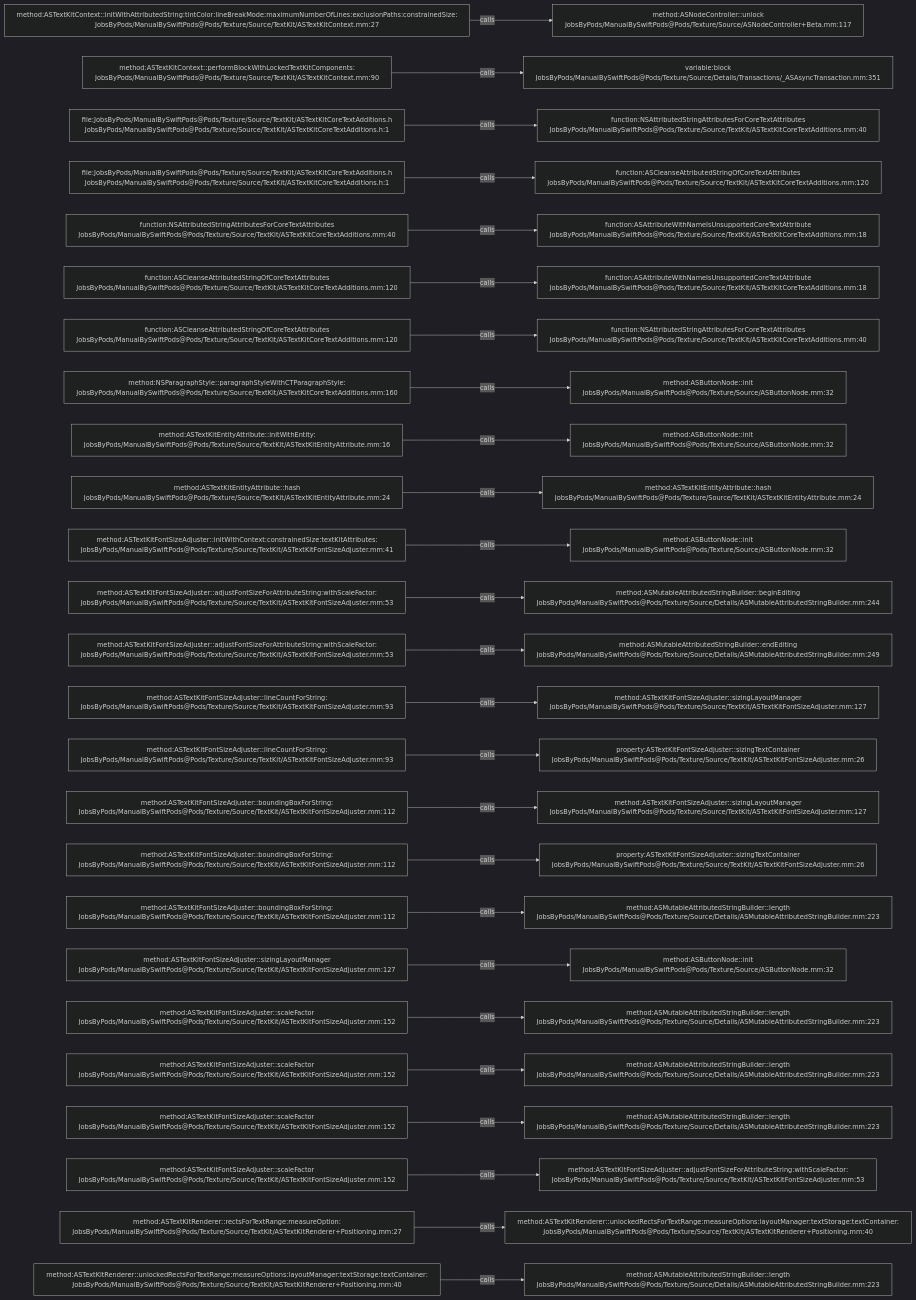
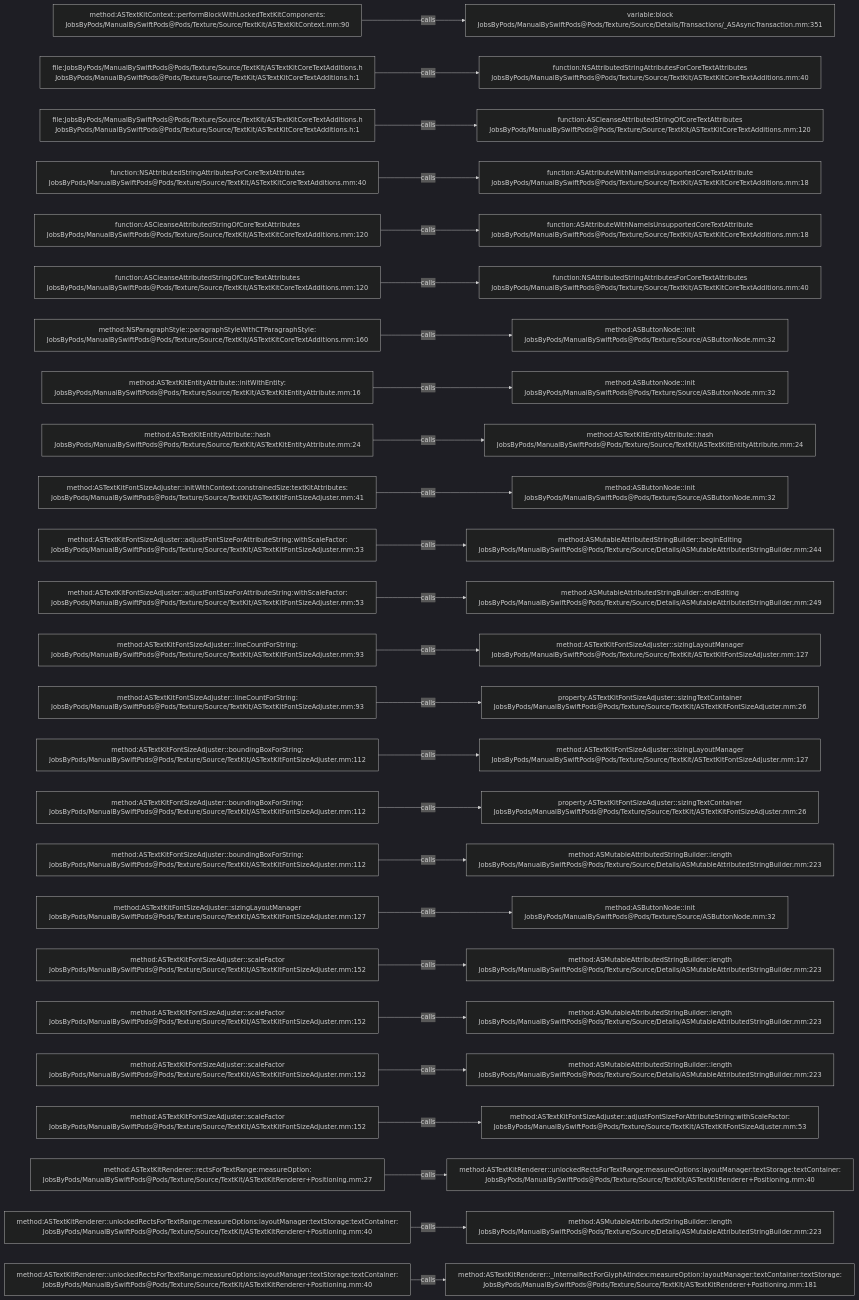
The diagram in .codegraph/codegraph.md/graphs/calls-148.md (JobsKits/JobsSwiftBaseConfigDemo), drawn with Mermaid (dark theme) before and after one commit. The commit also changed 747 other files, not shown here.

````diff
--- a/.codegraph/codegraph.md/graphs/calls-148.md
+++ b/.codegraph/codegraph.md/graphs/calls-148.md
@@ -13,78 +13,78 @@
 ```mermaid
 flowchart LR
-  S1["method:ASTextKitContext::initWithAttributedString:tintColor:lineBreakMode:maximumNumberOfLines:exclusionPaths:constrainedSize:<br/>JobsByPods/ManualBySwiftPods@Pods/Texture/Source/TextKit/ASTextKitContext.mm:27"]
-  T1["method:ASNodeController::unlock<br/>JobsByPods/ManualBySwiftPods@Pods/Texture/Source/ASNodeController+Beta.mm:117"]
+  S1["method:ASTextKitContext::performBlockWithLockedTextKitComponents:<br/>JobsByPods/ManualBySwiftPods@Pods/Texture/Source/TextKit/ASTextKitContext.mm:90"]
+  T1["variable:block<br/>JobsByPods/ManualBySwiftPods@Pods/Texture/Source/Details/Transactions/_ASAsyncTransaction.mm:351"]
   S1 -->|calls| T1
-  S2["method:ASTextKitContext::performBlockWithLockedTextKitComponents:<br/>JobsByPods/ManualBySwiftPods@Pods/Texture/Source/TextKit/ASTextKitContext.mm:90"]
-  T2["variable:block<br/>JobsByPods/ManualBySwiftPods@Pods/Texture/Source/Details/Transactions/_ASAsyncTransaction.mm:351"]
+  S2["file:JobsByPods/ManualBySwiftPods@Pods/Texture/Source/TextKit/ASTextKitCoreTextAdditions.h<br/>JobsByPods/ManualBySwiftPods@Pods/Texture/Source/TextKit/ASTextKitCoreTextAdditions.h:1"]
+  T2["function:NSAttributedStringAttributesForCoreTextAttributes<br/>JobsByPods/ManualBySwiftPods@Pods/Texture/Source/TextKit/ASTextKitCoreTextAdditions.mm:40"]
   S2 -->|calls| T2
   S3["file:JobsByPods/ManualBySwiftPods@Pods/Texture/Source/TextKit/ASTextKitCoreTextAdditions.h<br/>JobsByPods/ManualBySwiftPods@Pods/Texture/Source/TextKit/ASTextKitCoreTextAdditions.h:1"]
-  T3["function:NSAttributedStringAttributesForCoreTextAttributes<br/>JobsByPods/ManualBySwiftPods@Pods/Texture/Source/TextKit/ASTextKitCoreTextAdditions.mm:40"]
+  T3["function:ASCleanseAttributedStringOfCoreTextAttributes<br/>JobsByPods/ManualBySwiftPods@Pods/Texture/Source/TextKit/ASTextKitCoreTextAdditions.mm:120"]
   S3 -->|calls| T3
-  S4["file:JobsByPods/ManualBySwiftPods@Pods/Texture/Source/TextKit/ASTextKitCoreTextAdditions.h<br/>JobsByPods/ManualBySwiftPods@Pods/Texture/Source/TextKit/ASTextKitCoreTextAdditions.h:1"]
-  T4["function:ASCleanseAttributedStringOfCoreTextAttributes<br/>JobsByPods/ManualBySwiftPods@Pods/Texture/Source/TextKit/ASTextKitCoreTextAdditions.mm:120"]
+  S4["function:NSAttributedStringAttributesForCoreTextAttributes<br/>JobsByPods/ManualBySwiftPods@Pods/Texture/Source/TextKit/ASTextKitCoreTextAdditions.mm:40"]
+  T4["function:ASAttributeWithNameIsUnsupportedCoreTextAttribute<br/>JobsByPods/ManualBySwiftPods@Pods/Texture/Source/TextKit/ASTextKitCoreTextAdditions.mm:18"]
   S4 -->|calls| T4
-  S5["function:NSAttributedStringAttributesForCoreTextAttributes<br/>JobsByPods/ManualBySwiftPods@Pods/Texture/Source/TextKit/ASTextKitCoreTextAdditions.mm:40"]
+  S5["function:ASCleanseAttributedStringOfCoreTextAttributes<br/>JobsByPods/ManualBySwiftPods@Pods/Texture/Source/TextKit/ASTextKitCoreTextAdditions.mm:120"]
   T5["function:ASAttributeWithNameIsUnsupportedCoreTextAttribute<br/>JobsByPods/ManualBySwiftPods@Pods/Texture/Source/TextKit/ASTextKitCoreTextAdditions.mm:18"]
   S5 -->|calls| T5
   S6["function:ASCleanseAttributedStringOfCoreTextAttributes<br/>JobsByPods/ManualBySwiftPods@Pods/Texture/Source/TextKit/ASTextKitCoreTextAdditions.mm:120"]
-  T6["function:ASAttributeWithNameIsUnsupportedCoreTextAttribute<br/>JobsByPods/ManualBySwiftPods@Pods/Texture/Source/TextKit/ASTextKitCoreTextAdditions.mm:18"]
+  T6["function:NSAttributedStringAttributesForCoreTextAttributes<br/>JobsByPods/ManualBySwiftPods@Pods/Texture/Source/TextKit/ASTextKitCoreTextAdditions.mm:40"]
   S6 -->|calls| T6
-  S7["function:ASCleanseAttributedStringOfCoreTextAttributes<br/>JobsByPods/ManualBySwiftPods@Pods/Texture/Source/TextKit/ASTextKitCoreTextAdditions.mm:120"]
-  T7["function:NSAttributedStringAttributesForCoreTextAttributes<br/>JobsByPods/ManualBySwiftPods@Pods/Texture/Source/TextKit/ASTextKitCoreTextAdditions.mm:40"]
+  S7["method:NSParagraphStyle::paragraphStyleWithCTParagraphStyle:<br/>JobsByPods/ManualBySwiftPods@Pods/Texture/Source/TextKit/ASTextKitCoreTextAdditions.mm:160"]
+  T7["method:ASButtonNode::init<br/>JobsByPods/ManualBySwiftPods@Pods/Texture/Source/ASButtonNode.mm:32"]
   S7 -->|calls| T7
-  S8["method:NSParagraphStyle::paragraphStyleWithCTParagraphStyle:<br/>JobsByPods/ManualBySwiftPods@Pods/Texture/Source/TextKit/ASTextKitCoreTextAdditions.mm:160"]
+  S8["method:ASTextKitEntityAttribute::initWithEntity:<br/>JobsByPods/ManualBySwiftPods@Pods/Texture/Source/TextKit/ASTextKitEntityAttribute.mm:16"]
   T8["method:ASButtonNode::init<br/>JobsByPods/ManualBySwiftPods@Pods/Texture/Source/ASButtonNode.mm:32"]
   S8 -->|calls| T8
-  S9["method:ASTextKitEntityAttribute::initWithEntity:<br/>JobsByPods/ManualBySwiftPods@Pods/Texture/Source/TextKit/ASTextKitEntityAttribute.mm:16"]
-  T9["method:ASButtonNode::init<br/>JobsByPods/ManualBySwiftPods@Pods/Texture/Source/ASButtonNode.mm:32"]
+  S9["method:ASTextKitEntityAttribute::hash<br/>JobsByPods/ManualBySwiftPods@Pods/Texture/Source/TextKit/ASTextKitEntityAttribute.mm:24"]
+  T9["method:ASTextKitEntityAttribute::hash<br/>JobsByPods/ManualBySwiftPods@Pods/Texture/Source/TextKit/ASTextKitEntityAttribute.mm:24"]
   S9 -->|calls| T9
-  S10["method:ASTextKitEntityAttribute::hash<br/>JobsByPods/ManualBySwiftPods@Pods/Texture/Source/TextKit/ASTextKitEntityAttribute.mm:24"]
-  T10["method:ASTextKitEntityAttribute::hash<br/>JobsByPods/ManualBySwiftPods@Pods/Texture/Source/TextKit/ASTextKitEntityAttribute.mm:24"]
+  S10["method:ASTextKitFontSizeAdjuster::initWithContext:constrainedSize:textKitAttributes:<br/>JobsByPods/ManualBySwiftPods@Pods/Texture/Source/TextKit/ASTextKitFontSizeAdjuster.mm:41"]
+  T10["method:ASButtonNode::init<br/>JobsByPods/ManualBySwiftPods@Pods/Texture/Source/ASButtonNode.mm:32"]
   S10 -->|calls| T10
-  S11["method:ASTextKitFontSizeAdjuster::initWithContext:constrainedSize:textKitAttributes:<br/>JobsByPods/ManualBySwiftPods@Pods/Texture/Source/TextKit/ASTextKitFontSizeAdjuster.mm:41"]
-  T11["method:ASButtonNode::init<br/>JobsByPods/ManualBySwiftPods@Pods/Texture/Source/ASButtonNode.mm:32"]
+  S11["method:ASTextKitFontSizeAdjuster::adjustFontSizeForAttributeString:withScaleFactor:<br/>JobsByPods/ManualBySwiftPods@Pods/Texture/Source/TextKit/ASTextKitFontSizeAdjuster.mm:53"]
+  T11["method:ASMutableAttributedStringBuilder::beginEditing<br/>JobsByPods/ManualBySwiftPods@Pods/Texture/Source/Details/ASMutableAttributedStringBuilder.mm:244"]
   S11 -->|calls| T11
   S12["method:ASTextKitFontSizeAdjuster::adjustFontSizeForAttributeString:withScaleFactor:<br/>JobsByPods/ManualBySwiftPods@Pods/Texture/Source/TextKit/ASTextKitFontSizeAdjuster.mm:53"]
-  T12["method:ASMutableAttributedStringBuilder::beginEditing<br/>JobsByPods/ManualBySwiftPods@Pods/Texture/Source/Details/ASMutableAttributedStringBuilder.mm:244"]
+  T12["method:ASMutableAttributedStringBuilder::endEditing<br/>JobsByPods/ManualBySwiftPods@Pods/Texture/Source/Details/ASMutableAttributedStringBuilder.mm:249"]
   S12 -->|calls| T12
-  S13["method:ASTextKitFontSizeAdjuster::adjustFontSizeForAttributeString:withScaleFactor:<br/>JobsByPods/ManualBySwiftPods@Pods/Texture/Source/TextKit/ASTextKitFontSizeAdjuster.mm:53"]
-  T13["method:ASMutableAttributedStringBuilder::endEditing<br/>JobsByPods/ManualBySwiftPods@Pods/Texture/Source/Details/ASMutableAttributedStringBuilder.mm:249"]
+  S13["method:ASTextKitFontSizeAdjuster::lineCountForString:<br/>JobsByPods/ManualBySwiftPods@Pods/Texture/Source/TextKit/ASTextKitFontSizeAdjuster.mm:93"]
+  T13["method:ASTextKitFontSizeAdjuster::sizingLayoutManager<br/>JobsByPods/ManualBySwiftPods@Pods/Texture/Source/TextKit/ASTextKitFontSizeAdjuster.mm:127"]
   S13 -->|calls| T13
   S14["method:ASTextKitFontSizeAdjuster::lineCountForString:<br/>JobsByPods/ManualBySwiftPods@Pods/Texture/Source/TextKit/ASTextKitFontSizeAdjuster.mm:93"]
-  T14["method:ASTextKitFontSizeAdjuster::sizingLayoutManager<br/>JobsByPods/ManualBySwiftPods@Pods/Texture/Source/TextKit/ASTextKitFontSizeAdjuster.mm:127"]
+  T14["property:ASTextKitFontSizeAdjuster::sizingTextContainer<br/>JobsByPods/ManualBySwiftPods@Pods/Texture/Source/TextKit/ASTextKitFontSizeAdjuster.mm:26"]
   S14 -->|calls| T14
-  S15["method:ASTextKitFontSizeAdjuster::lineCountForString:<br/>JobsByPods/ManualBySwiftPods@Pods/Texture/Source/TextKit/ASTextKitFontSizeAdjuster.mm:93"]
-  T15["property:ASTextKitFontSizeAdjuster::sizingTextContainer<br/>JobsByPods/ManualBySwiftPods@Pods/Texture/Source/TextKit/ASTextKitFontSizeAdjuster.mm:26"]
+  S15["method:ASTextKitFontSizeAdjuster::boundingBoxForString:<br/>JobsByPods/ManualBySwiftPods@Pods/Texture/Source/TextKit/ASTextKitFontSizeAdjuster.mm:112"]
+  T15["method:ASTextKitFontSizeAdjuster::sizingLayoutManager<br/>JobsByPods/ManualBySwiftPods@Pods/Texture/Source/TextKit/ASTextKitFontSizeAdjuster.mm:127"]
   S15 -->|calls| T15
   S16["method:ASTextKitFontSizeAdjuster::boundingBoxForString:<br/>JobsByPods/ManualBySwiftPods@Pods/Texture/Source/TextKit/ASTextKitFontSizeAdjuster.mm:112"]
-  T16["method:ASTextKitFontSizeAdjuster::sizingLayoutManager<br/>JobsByPods/ManualBySwiftPods@Pods/Texture/Source/TextKit/ASTextKitFontSizeAdjuster.mm:127"]
+  T16["property:ASTextKitFontSizeAdjuster::sizingTextContainer<br/>JobsByPods/ManualBySwiftPods@Pods/Texture/Source/TextKit/ASTextKitFontSizeAdjuster.mm:26"]
   S16 -->|calls| T16
   S17["method:ASTextKitFontSizeAdjuster::boundingBoxForString:<br/>JobsByPods/ManualBySwiftPods@Pods/Texture/Source/TextKit/ASTextKitFontSizeAdjuster.mm:112"]
-  T17["property:ASTextKitFontSizeAdjuster::sizingTextContainer<br/>JobsByPods/ManualBySwiftPods@Pods/Texture/Source/TextKit/ASTextKitFontSizeAdjuster.mm:26"]
+  T17["method:ASMutableAttributedStringBuilder::length<br/>JobsByPods/ManualBySwiftPods@Pods/Texture/Source/Details/ASMutableAttributedStringBuilder.mm:223"]
   S17 -->|calls| T17
-  S18["method:ASTextKitFontSizeAdjuster::boundingBoxForString:<br/>JobsByPods/ManualBySwiftPods@Pods/Texture/Source/TextKit/ASTextKitFontSizeAdjuster.mm:112"]
-  T18["method:ASMutableAttributedStringBuilder::length<br/>JobsByPods/ManualBySwiftPods@Pods/Texture/Source/Details/ASMutableAttributedStringBuilder.mm:223"]
+  S18["method:ASTextKitFontSizeAdjuster::sizingLayoutManager<br/>JobsByPods/ManualBySwiftPods@Pods/Texture/Source/TextKit/ASTextKitFontSizeAdjuster.mm:127"]
+  T18["method:ASButtonNode::init<br/>JobsByPods/ManualBySwiftPods@Pods/Texture/Source/ASButtonNode.mm:32"]
   S18 -->|calls| T18
-  S19["method:ASTextKitFontSizeAdjuster::sizingLayoutManager<br/>JobsByPods/ManualBySwiftPods@Pods/Texture/Source/TextKit/ASTextKitFontSizeAdjuster.mm:127"]
-  T19["method:ASButtonNode::init<br/>JobsByPods/ManualBySwiftPods@Pods/Texture/Source/ASButtonNode.mm:32"]
+  S19["method:ASTextKitFontSizeAdjuster::scaleFactor<br/>JobsByPods/ManualBySwiftPods@Pods/Texture/Source/TextKit/ASTextKitFontSizeAdjuster.mm:152"]
+  T19["method:ASMutableAttributedStringBuilder::length<br/>JobsByPods/ManualBySwiftPods@Pods/Texture/Source/Details/ASMutableAttributedStringBuilder.mm:223"]
   S19 -->|calls| T19
   S20["method:ASTextKitFontSizeAdjuster::scaleFactor<br/>JobsByPods/ManualBySwiftPods@Pods/Texture/Source/TextKit/ASTextKitFontSizeAdjuster.mm:152"]
   T20["method:ASMutableAttributedStringBuilder::length<br/>JobsByPods/ManualBySwiftPods@Pods/Texture/Source/Details/ASMutableAttributedStringBuilder.mm:223"]
   S20 -->|calls| T20
   S21["method:ASTextKitFontSizeAdjuster::scaleFactor<br/>JobsByPods/ManualBySwiftPods@Pods/Texture/Source/TextKit/ASTextKitFontSizeAdjuster.mm:152"]
   T21["method:ASMutableAttributedStringBuilder::length<br/>JobsByPods/ManualBySwiftPods@Pods/Texture/Source/Details/ASMutableAttributedStringBuilder.mm:223"]
   S21 -->|calls| T21
   S22["method:ASTextKitFontSizeAdjuster::scaleFactor<br/>JobsByPods/ManualBySwiftPods@Pods/Texture/Source/TextKit/ASTextKitFontSizeAdjuster.mm:152"]
-  T22["method:ASMutableAttributedStringBuilder::length<br/>JobsByPods/ManualBySwiftPods@Pods/Texture/Source/Details/ASMutableAttributedStringBuilder.mm:223"]
+  T22["method:ASTextKitFontSizeAdjuster::adjustFontSizeForAttributeString:withScaleFactor:<br/>JobsByPods/ManualBySwiftPods@Pods/Texture/Source/TextKit/ASTextKitFontSizeAdjuster.mm:53"]
   S22 -->|calls| T22
-  S23["method:ASTextKitFontSizeAdjuster::scaleFactor<br/>JobsByPods/ManualBySwiftPods@Pods/Texture/Source/TextKit/ASTextKitFontSizeAdjuster.mm:152"]
-  T23["method:ASTextKitFontSizeAdjuster::adjustFontSizeForAttributeString:withScaleFactor:<br/>JobsByPods/ManualBySwiftPods@Pods/Texture/Source/TextKit/ASTextKitFontSizeAdjuster.mm:53"]
+  S23["method:ASTextKitRenderer::rectsForTextRange:measureOption:<br/>JobsByPods/ManualBySwiftPods@Pods/Texture/Source/TextKit/ASTextKitRenderer+Positioning.mm:27"]
+  T23["method:ASTextKitRenderer::unlockedRectsForTextRange:measureOptions:layoutManager:textStorage:textContainer:<br/>JobsByPods/ManualBySwiftPods@Pods/Texture/Source/TextKit/ASTextKitRenderer+Positioning.mm:40"]
   S23 -->|calls| T23
-  S24["method:ASTextKitRenderer::rectsForTextRange:measureOption:<br/>JobsByPods/ManualBySwiftPods@Pods/Texture/Source/TextKit/ASTextKitRenderer+Positioning.mm:27"]
-  T24["method:ASTextKitRenderer::unlockedRectsForTextRange:measureOptions:layoutManager:textStorage:textContainer:<br/>JobsByPods/ManualBySwiftPods@Pods/Texture/Source/TextKit/ASTextKitRenderer+Positioning.mm:40"]
+  S24["method:ASTextKitRenderer::unlockedRectsForTextRange:measureOptions:layoutManager:textStorage:textContainer:<br/>JobsByPods/ManualBySwiftPods@Pods/Texture/Source/TextKit/ASTextKitRenderer+Positioning.mm:40"]
+  T24["method:ASMutableAttributedStringBuilder::length<br/>JobsByPods/ManualBySwiftPods@Pods/Texture/Source/Details/ASMutableAttributedStringBuilder.mm:223"]
   S24 -->|calls| T24
   S25["method:ASTextKitRenderer::unlockedRectsForTextRange:measureOptions:layoutManager:textStorage:textContainer:<br/>JobsByPods/ManualBySwiftPods@Pods/Texture/Source/TextKit/ASTextKitRenderer+Positioning.mm:40"]
-  T25["method:ASMutableAttributedStringBuilder::length<br/>JobsByPods/ManualBySwiftPods@Pods/Texture/Source/Details/ASMutableAttributedStringBuilder.mm:223"]
+  T25["method:ASTextKitRenderer::_internalRectForGlyphAtIndex:measureOption:layoutManager:textContainer:textStorage:<br/>JobsByPods/ManualBySwiftPods@Pods/Texture/Source/TextKit/ASTextKitRenderer+Positioning.mm:181"]
   S25 -->|calls| T25
 ```
````
